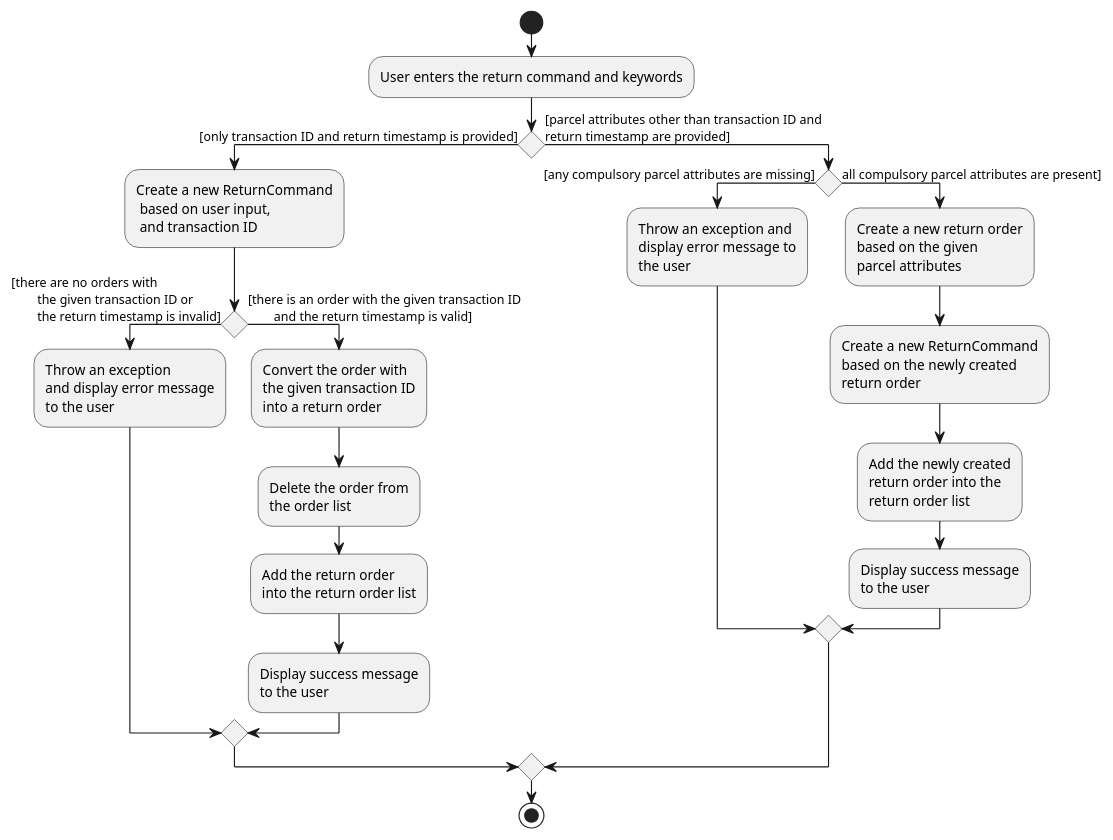
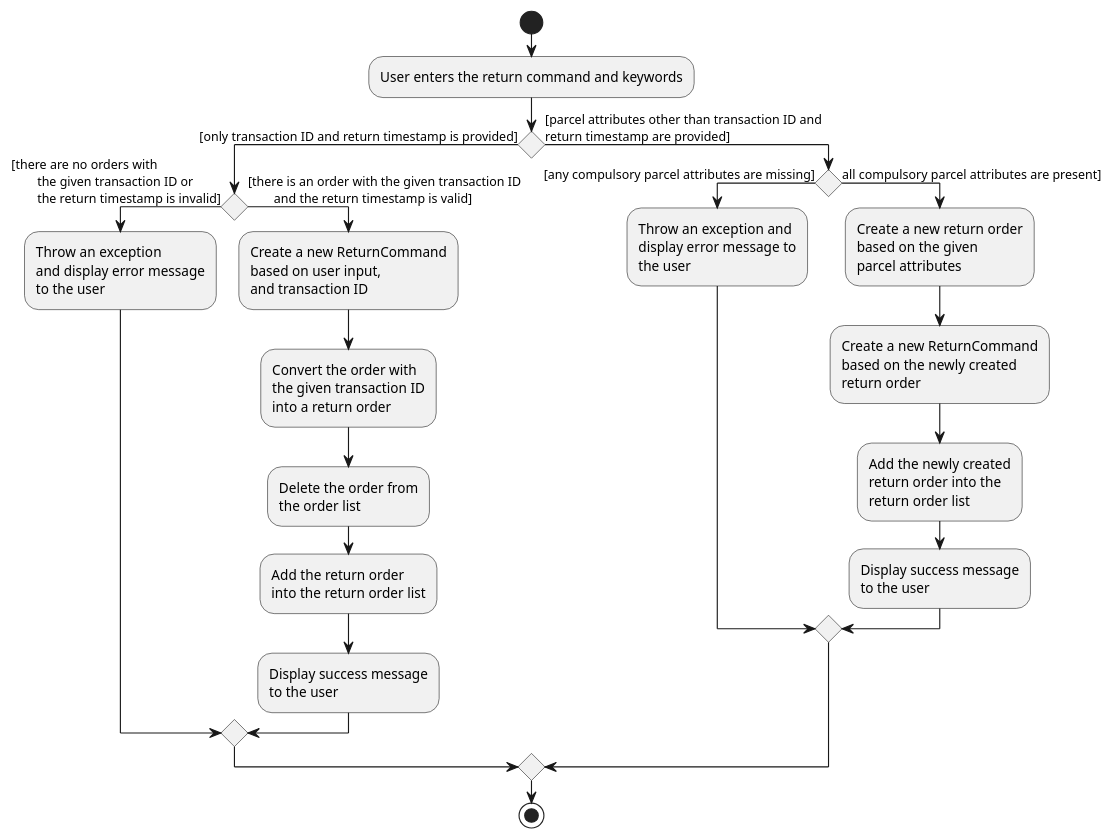
Before and after one commit to nus-cs2103-AY1920S2/addressbook-level3: the diagram in docs/diagrams/ReturnCommandActivityDiagram.puml, drawn with PlantUML. The commit also changed 6 other files, not shown here.

```diff
--- a/docs/diagrams/ReturnCommandActivityDiagram.puml
+++ b/docs/diagrams/ReturnCommandActivityDiagram.puml
@@ -1,58 +1,58 @@
 @startuml
 /' @author @cherweijie'/
 start
 :User enters the return command and keywords;
 If () then ([only transaction ID and return timestamp is provided])
-            :Create a new ReturnCommand
-             based on user input,
-             and transaction ID;
         If () then ([there are no orders with
         the given transaction ID or
         the return timestamp is invalid])
             :Throw an exception
             and display error message
             to the user;
         else ([there is an order with the given transaction ID
         and the return timestamp is valid])
+        :Create a new ReturnCommand
+        based on user input,
+        and transaction ID;
         :Convert the order with
         the given transaction ID
         into a return order;
 
         :Delete the order from
         the order list;
 
         :Add the return order
         into the return order list;
 
         :Display success message
         to the user;
         endif
 
 else ([parcel attributes other than transaction ID and
 return timestamp are provided])
     If () then ([any compulsory parcel attributes are missing])
         :Throw an exception and
         display error message to
         the user;
     else (all compulsory parcel attributes are present])
 
         :Create a new return order
         based on the given
         parcel attributes;
 
         :Create a new ReturnCommand
         based on the newly created
         return order;
 
         :Add the newly created
         return order into the
         return order list;
 
         :Display success message
         to the user;
     endif
 endif
 
 stop
 
 @enduml
```
